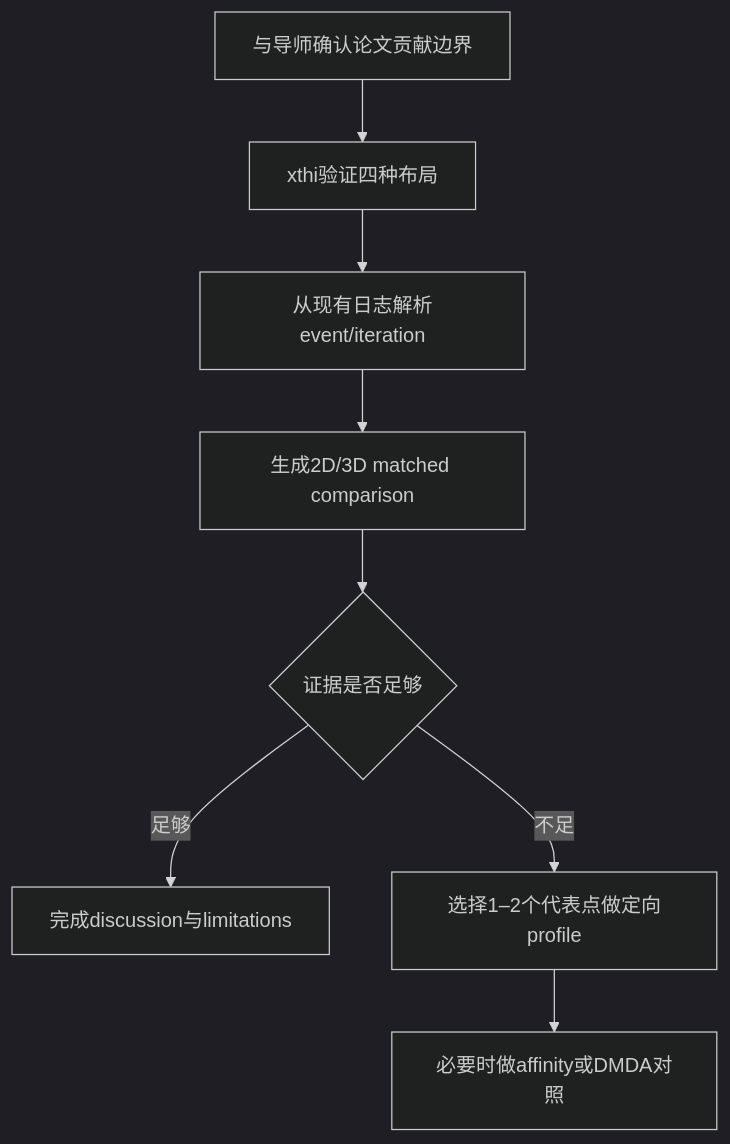
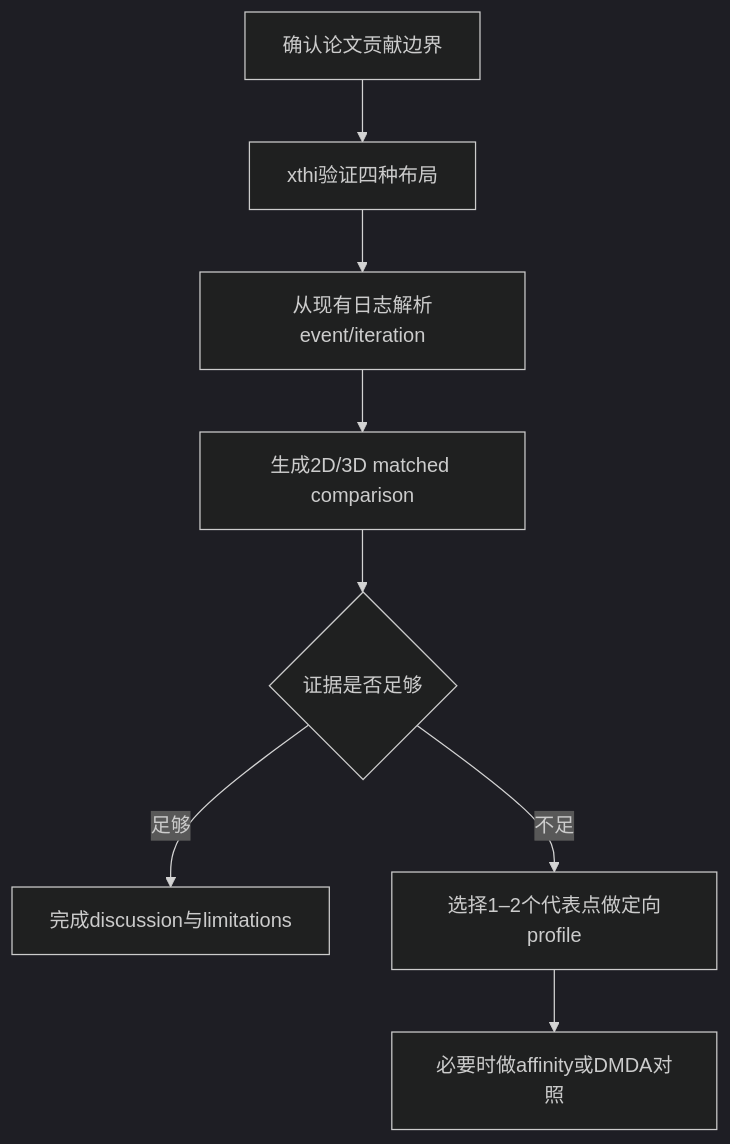
One commit to leyancode/Notes changed the diagram in 学习与算法/openmp/obsidian_notes/10 讨论速查.md. Above: the diagram before and after it, drawn with Mermaid (dark theme). The commit also changed other lines of this file and 2 other files, not shown here.

Commit message:
vault backup: 2026-08-07 09:12:46

````diff
--- a/学习与算法/openmp/obsidian_notes/10 讨论速查.md
+++ b/学习与算法/openmp/obsidian_notes/10 讨论速查.md
@@ -93,10 +93,10 @@
 ```mermaid
 flowchart TD
-    A["与导师确认论文贡献边界"] --> B["xthi验证四种布局"]
+    A["确认论文贡献边界"] --> B["xthi验证四种布局"]
     B --> C["从现有日志解析event/iteration"]
     C --> D["生成2D/3D matched comparison"]
     D --> E{"证据是否足够"}
     E -- "足够" --> F["完成discussion与limitations"]
     E -- "不足" --> G["选择1–2个代表点做定向profile"]
     G --> H["必要时做affinity或DMDA对照"]
 ```
````
